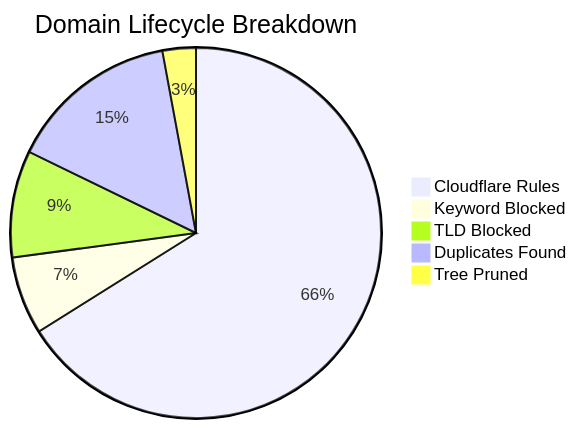
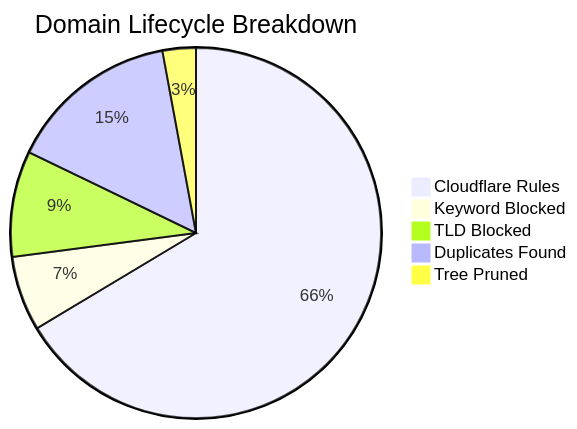
The diagram in README_STATS.md (brojangles24/Cloudflare-ZeroTrust-AdBlock), drawn with Mermaid before and after one commit. The commit also changed other lines of this file and 1 other file, not shown here.

````diff
--- a/README_STATS.md
+++ b/README_STATS.md
@@ -5,8 +5,8 @@
 ```mermaid
 pie title Domain Lifecycle Breakdown
-    "Cloudflare Rules" : 279329
-    "Keyword Blocked" : 28725
-    "TLD Blocked" : 39375
-    "Duplicates Found" : 62926
-    "Tree Pruned" : 12298
+    "Cloudflare Rules" : 281083
+    "Keyword Blocked" : 27645
+    "TLD Blocked" : 39075
+    "Duplicates Found" : 63191
+    "Tree Pruned" : 12302
 ```
````
